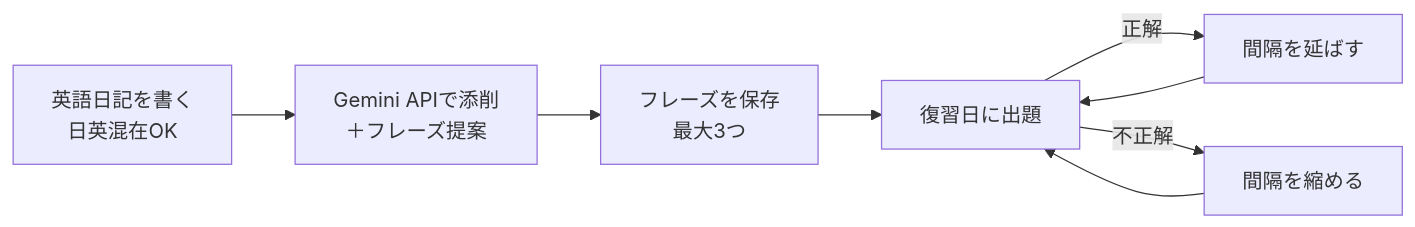
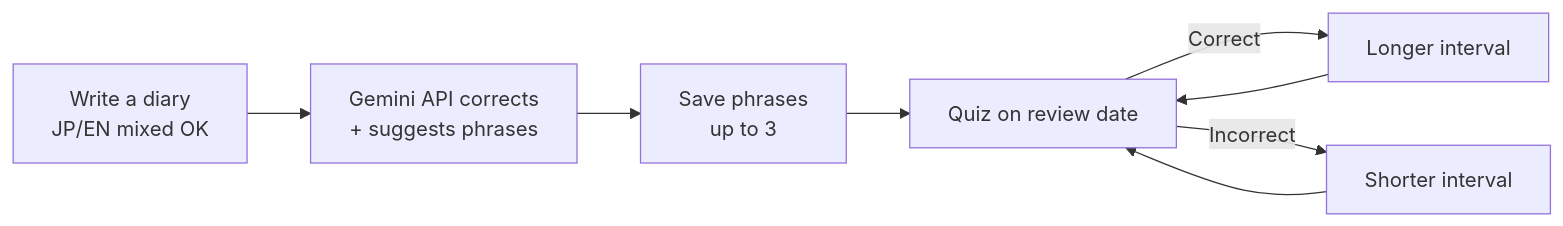
The first of 2 diagrams in README.md (nakatanisae/final_project), drawn with Mermaid before and after one commit. The commit also changed other lines of this file and 1 other file, not shown here.

````diff
--- a/README.md
+++ b/README.md
@@ -46,10 +49,10 @@
 ```mermaid
 flowchart LR
-    A[英語日記を書く<br>日英混在OK] --> B[Gemini APIで添削<br>＋フレーズ提案]
-    B --> C[フレーズを保存<br>最大3つ]
-    C --> D[復習日に出題]
-    D -->|正解| E[間隔を延ばす]
-    D -->|不正解| F[間隔を縮める]
+    A[Write a diary<br>JP/EN mixed OK] --> B[Gemini API corrects<br>+ suggests phrases]
+    B --> C[Save phrases<br>up to 3]
+    C --> D[Quiz on review date]
+    D -->|Correct| E[Longer interval]
+    D -->|Incorrect| F[Shorter interval]
     E --> D
     F --> D
 ```
````
